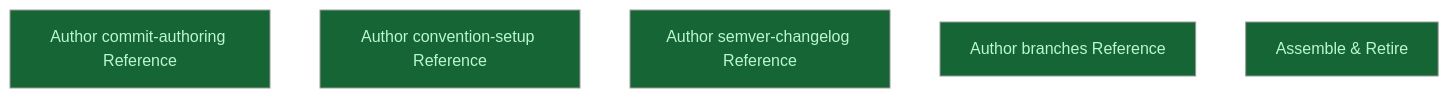
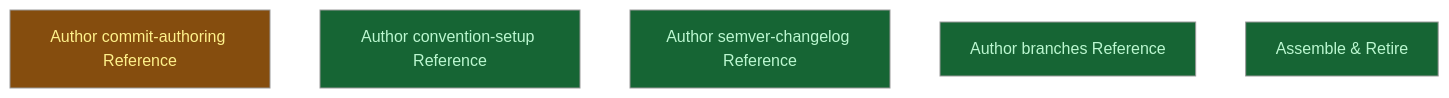
Before and after one commit to CrackingShells/cracking-shells-playbook: the diagram in __roadmap__/writing-history-skill/author/README.md, drawn with Mermaid (neutral theme). The commit also changed other lines of this file, not shown here.

Commit message:
chore(writing-history): reopen commit_authoring leaf for contamination rework
Audit found prior-skill contamination (kiro examples, commitlint-only
assumptions, hardcoded rules, deleted body guidance) that defeats the
derivation-first redesign; reworking before re-closing.

````diff
--- a/__roadmap__/writing-history-skill/author/README.md
+++ b/__roadmap__/writing-history-skill/author/README.md
@@ -27,13 +27,13 @@
 ```mermaid
 graph TD
-    commit_authoring[Author commit-authoring Reference]:::done
+    commit_authoring[Author commit-authoring Reference]:::inprogress
     convention_setup[Author convention-setup Reference]:::done
     semver_changelog[Author semver-changelog Reference]:::done
     branches[Author branches Reference]:::done
     assemble[Assemble & Retire]:::done
     classDef done       fill:#166534,color:#bbf7d0
     classDef inprogress fill:#854d0e,color:#fef08a
     classDef planned    fill:#374151,color:#e5e7eb
     classDef amendment  fill:#1e3a5f,color:#bfdbfe
     classDef blocked    fill:#7f1d1d,color:#fecaca
 ```
````
